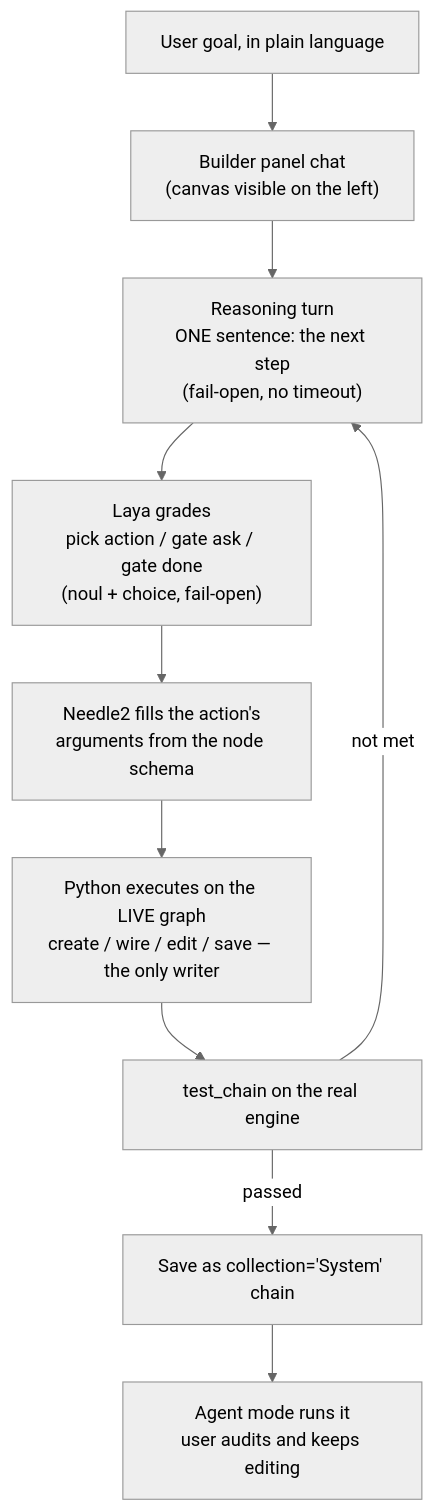
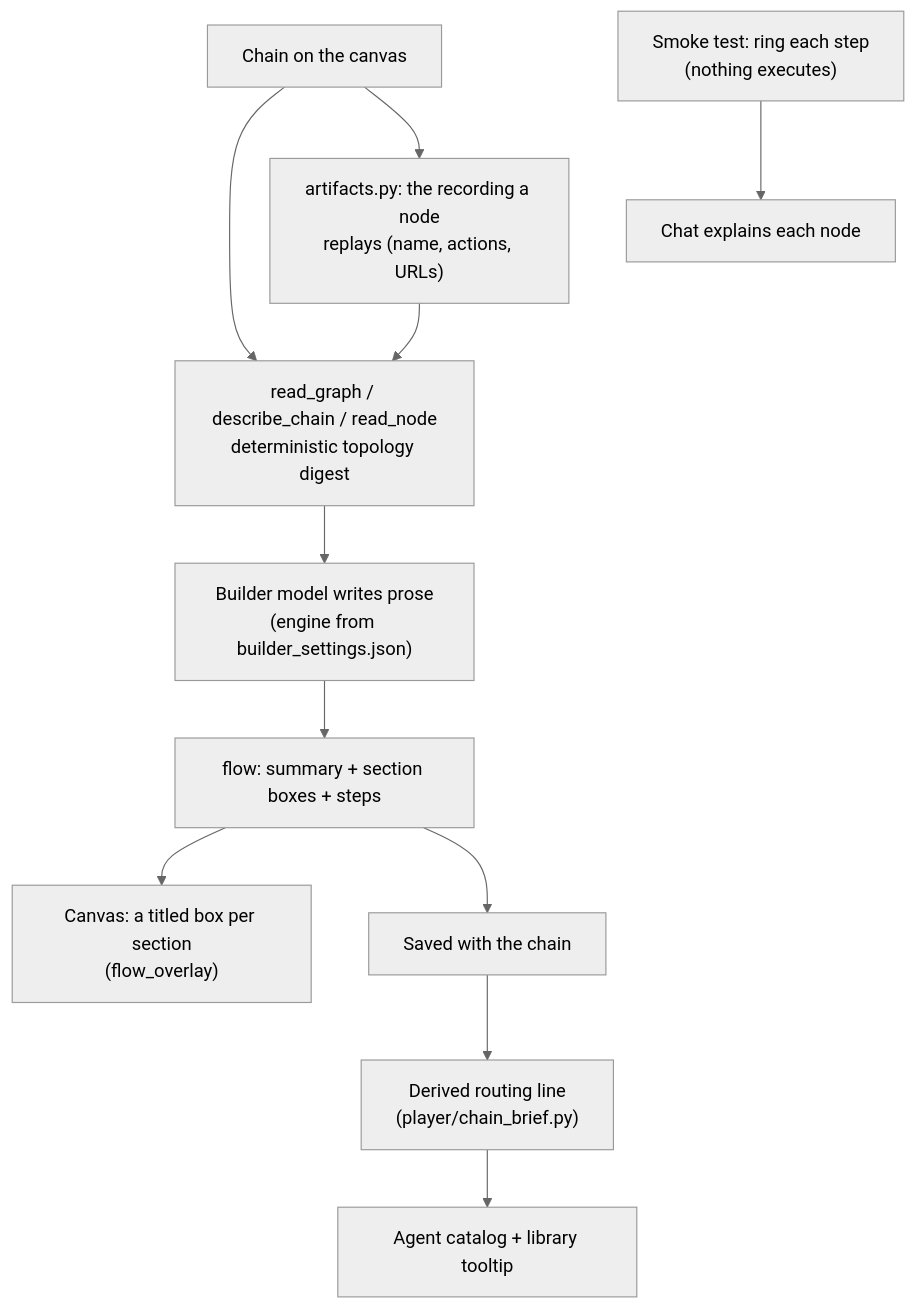
One commit to RodrigoBenitez343/Arrow changed diagram 16 of 21 in LoOper/README.MD. Above: the diagram before and after it, drawn with Mermaid (neutral theme). The commit also changed other lines of this file and 299 other files, not shown here.

Commit message:
node wires patches + web sequences dedup fix

````diff
--- a/LoOper/README.MD
+++ b/LoOper/README.MD
@@ -740,12 +804,13 @@
 ```mermaid
 flowchart TB
-    Goal["User goal, in plain language"] --> Chat["Builder panel chat<br/>(canvas visible on the left)"]
-    Chat --> Reason["Reasoning turn<br/>ONE sentence: the next step<br/>(fail-open, no timeout)"]
-    Reason --> Laya["Laya grades<br/>pick action / gate ask / gate done<br/>(noul + choice, fail-open)"]
-    Laya --> Needle["Needle2 fills the action's<br/>arguments from the node schema"]
-    Needle --> Py["Python executes on the LIVE graph<br/>create / wire / edit / save — the only writer"]
-    Py --> Test["test_chain on the real engine"]
-    Test -- "not met" --> Reason
-    Test -- "passed" --> Save["Save as collection='System' chain"]
-    Save --> Agent["Agent mode runs it<br/>user audits and keeps editing"]
+    Chain["Chain on the canvas"] --> Read["read_graph / describe_chain / read_node<br/>deterministic topology digest"]
+    Read --> Model["Builder model writes prose<br/>(engine from builder_settings.json)"]
+    Chain --> Art["artifacts.py: the recording a node<br/>replays (name, actions, URLs)"]
+    Art --> Read
+    Model --> Flow["flow: summary + section boxes + steps"]
+    Flow --> Box["Canvas: a titled box per section<br/>(flow_overlay)"]
+    Flow --> Save["Saved with the chain"]
+    Save --> Brief["Derived routing line<br/>(player/chain_brief.py)"]
+    Brief --> Agent["Agent catalog + library tooltip"]
+    Walk["Smoke test: ring each step<br/>(nothing executes)"] --> Chat["Chat explains each node"]
 ```
````
